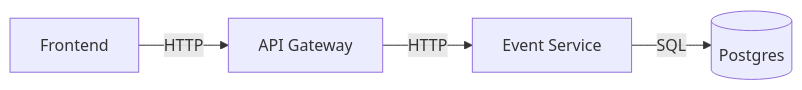
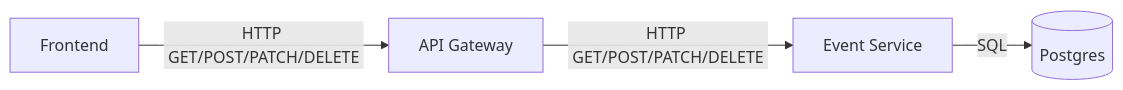
Before and after one commit to Adambizien/Event_Thunder: the fourth of 5 diagrams in README.md, drawn with Mermaid. The commit also changed other lines of this file, not shown here.

Commit message:
fix: update HTTP methods in architecture diagrams for accuracy

````diff
--- a/README.md
+++ b/README.md
@@ -73,6 +73,6 @@
 ```mermaid
 flowchart LR
-  Frontend[Frontend] -->|HTTP| Gateway[API Gateway]
-  Gateway -->|HTTP| Events[Event Service]
+  Frontend[Frontend] -->|HTTP GET/POST/PATCH/DELETE| Gateway[API Gateway]
+  Gateway -->|HTTP GET/POST/PATCH/DELETE| Events[Event Service]
   Events -->|SQL| Postgres[(Postgres)]
 ```
````
